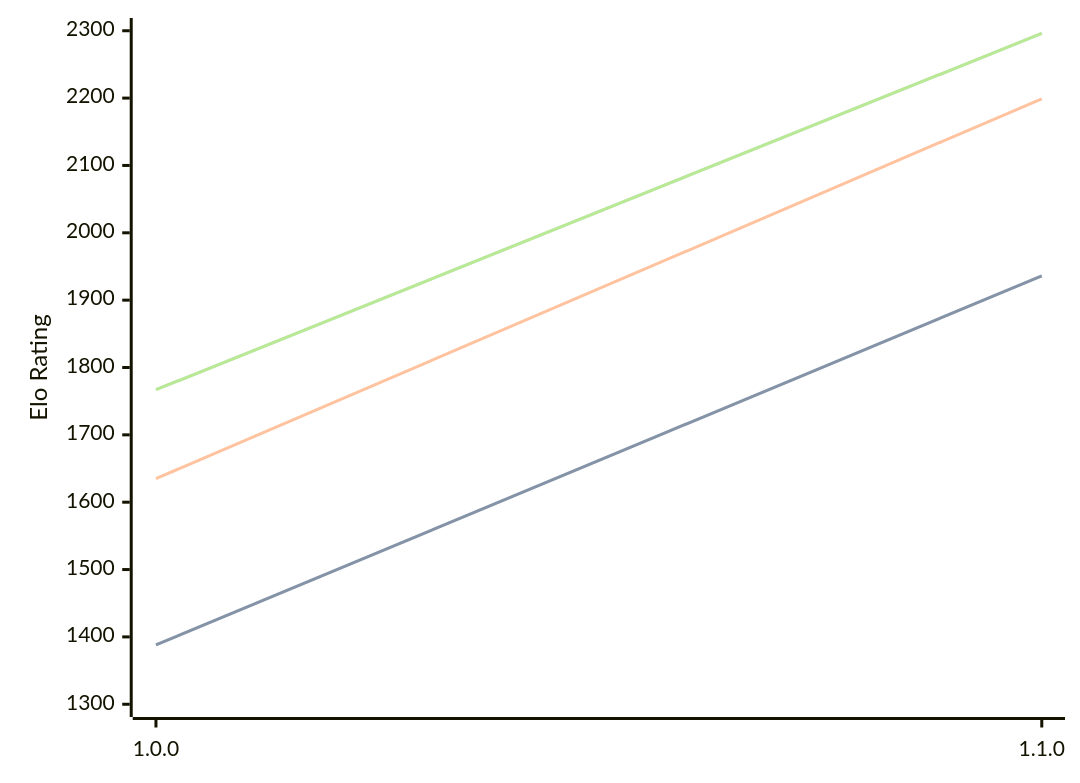
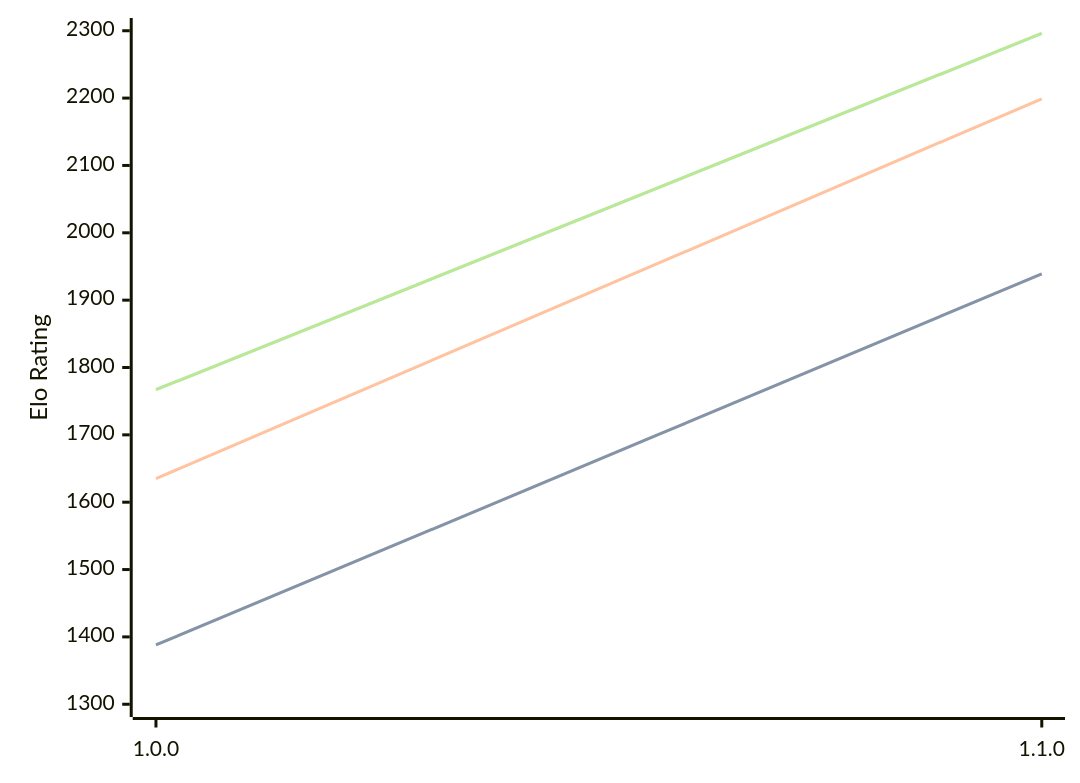
Before and after one commit to computer-chess-index/cci: the diagram in engines/Akerbeltz.md, drawn with Mermaid. The commit also changed other lines of this file, not shown here.

````diff
--- a/engines/Akerbeltz.md
+++ b/engines/Akerbeltz.md
@@ -32,11 +32,11 @@
 ```mermaid
 %%{init: {"theme":"base","themeVariables":{"seriesColors:['#a3a3a3','#222221','#faa371']}}}%%
 xychart-beta
   x-axis ["1.0.0", "1.1.0"]
   y-axis "Elo Rating" 1300 --> 2300
-  line "" [1388, 1936]
-  line "STC (8.0+0.08s)" [1388, 1936]
+  line "" [1388, 1939]
+  line "STC (8.0+0.08s)" [1388, 1939]
   line "LTC (60.0+0.60s)" [1635, 2199]
   line "" [1767, 2296]
   line "VLTC (2m24s+1.12s)" [1767, 2296]
 ```
````
